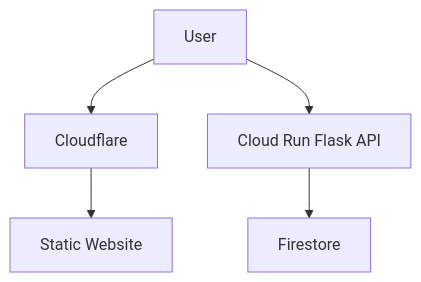
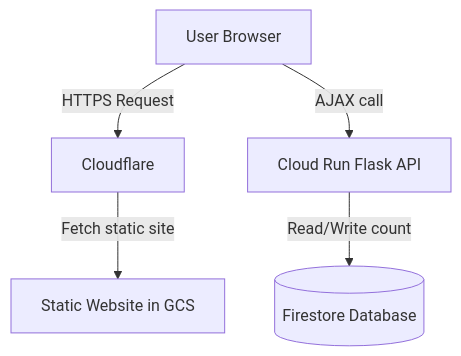
The first of 2 diagrams in README.md (the-last-Vulcan/temitayo-cloud-resume), drawn with Mermaid before and after one commit. The commit also changed other lines of this file, not shown here.

````diff
--- a/README.md
+++ b/README.md
@@ -15,7 +15,7 @@
 ```mermaid
 flowchart TD;
-    User --> Cloudflare;
-    Cloudflare --> GCS[Static Website];
-    User --> API[Cloud Run Flask API];
-    API --> Firestore;
+    User["User Browser"] -->|HTTPS Request| Cloudflare;
+    Cloudflare -->|Fetch static site| GCS[Static Website in GCS];
+    User -->|AJAX call| API[Cloud Run Flask API];
+    API -->|Read/Write count| Firestore[(Firestore Database)];
 ```
````
